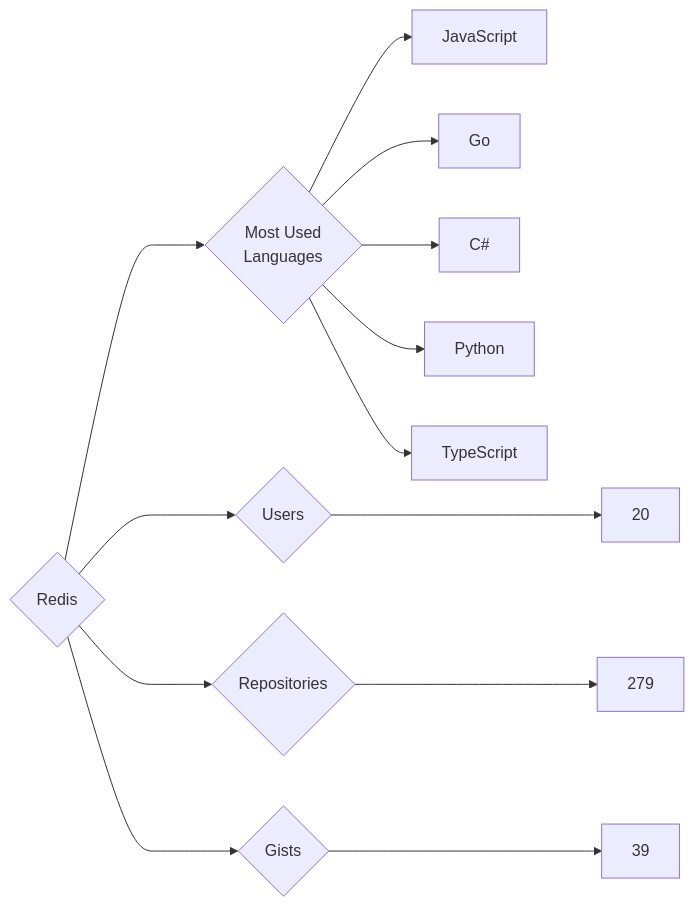
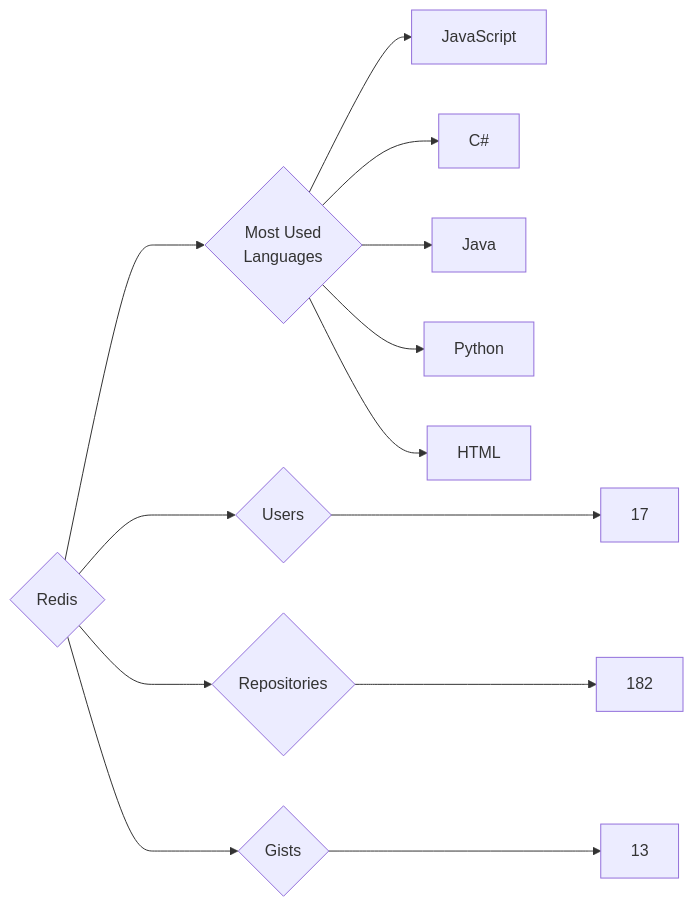
The diagram in targets/Redis/README.md (trickest/insiders), drawn with Mermaid before and after one commit. The commit also changed 1484 other files, not shown here.

````diff
--- a/targets/Redis/README.md
+++ b/targets/Redis/README.md
@@ -3,13 +3,13 @@
 ```mermaid
 graph LR
 COMPANY_NAME{Redis}
-COMPANY_NAME ---> U{Users} ---> UN[20]
-COMPANY_NAME ---> R{Repositories} ---> RN[279]
-COMPANY_NAME ---> G{Gists} ---> GN[39]
+COMPANY_NAME ---> U{Users} ---> UN[17]
+COMPANY_NAME ---> R{Repositories} ---> RN[182]
+COMPANY_NAME ---> G{Gists} ---> GN[13]
 COMPANY_NAME ---> ML{Most Used<br>Languages}
 ML --> JavaScript[JavaScript]
-ML --> Go[Go]
 ML --> C#[C#]
+ML --> Java[Java]
 ML --> Python[Python]
-ML --> TypeScript[TypeScript]
+ML --> HTML[HTML]
 ```
````
